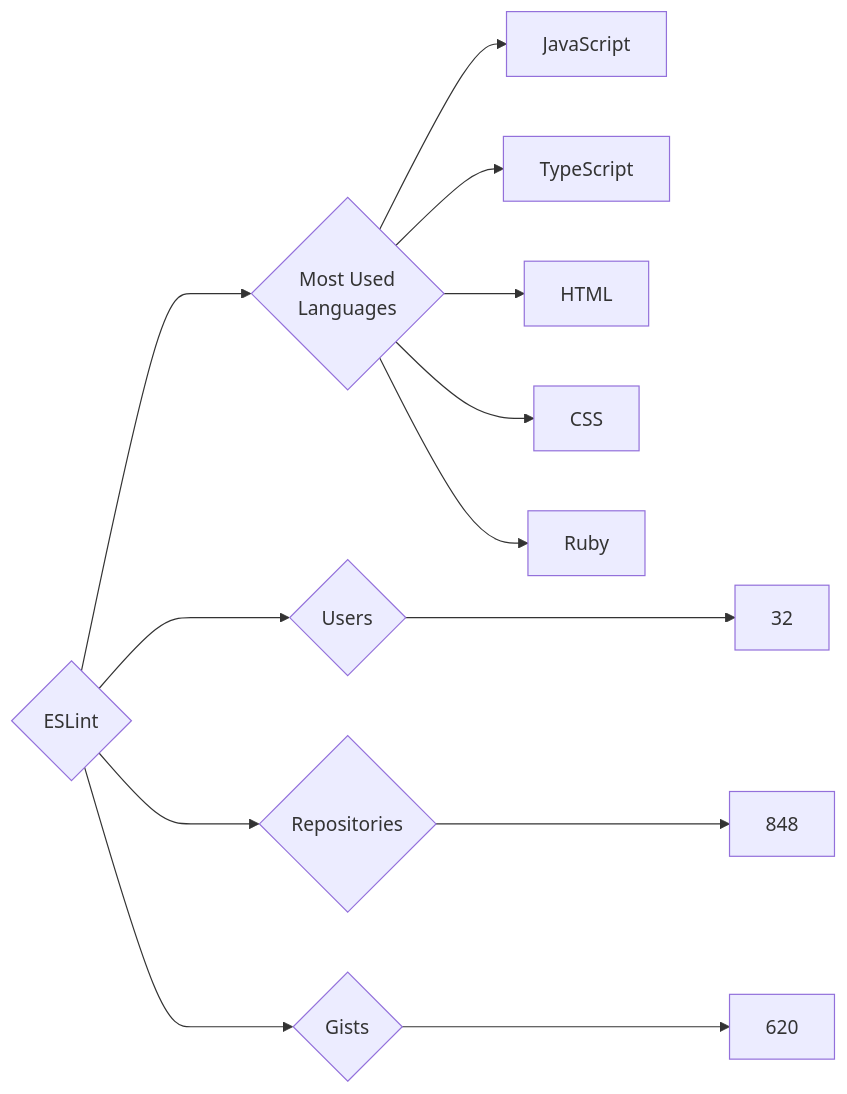
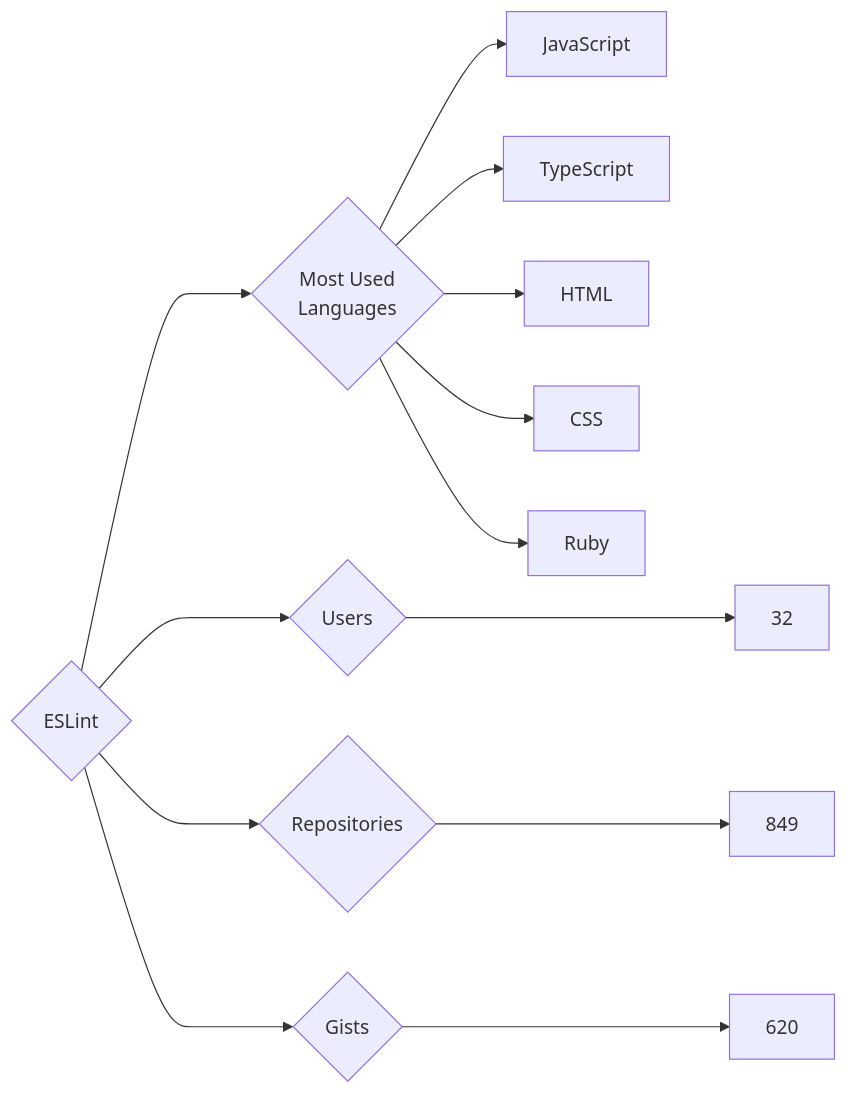
One commit to trickest/insiders changed the diagram in targets/ESLint/README.md. Above: the diagram before and after it, drawn with Mermaid. The commit also changed 699 other files, not shown here.

````diff
--- a/targets/ESLint/README.md
+++ b/targets/ESLint/README.md
@@ -3,13 +3,13 @@
 ```mermaid
 graph LR
 COMPANY_NAME{ESLint}
 COMPANY_NAME ---> U{Users} ---> UN[32]
-COMPANY_NAME ---> R{Repositories} ---> RN[848]
+COMPANY_NAME ---> R{Repositories} ---> RN[849]
 COMPANY_NAME ---> G{Gists} ---> GN[620]
 COMPANY_NAME ---> ML{Most Used<br>Languages}
 ML --> JavaScript[JavaScript]
 ML --> TypeScript[TypeScript]
 ML --> HTML[HTML]
 ML --> CSS[CSS]
 ML --> Ruby[Ruby]
 ```
````
